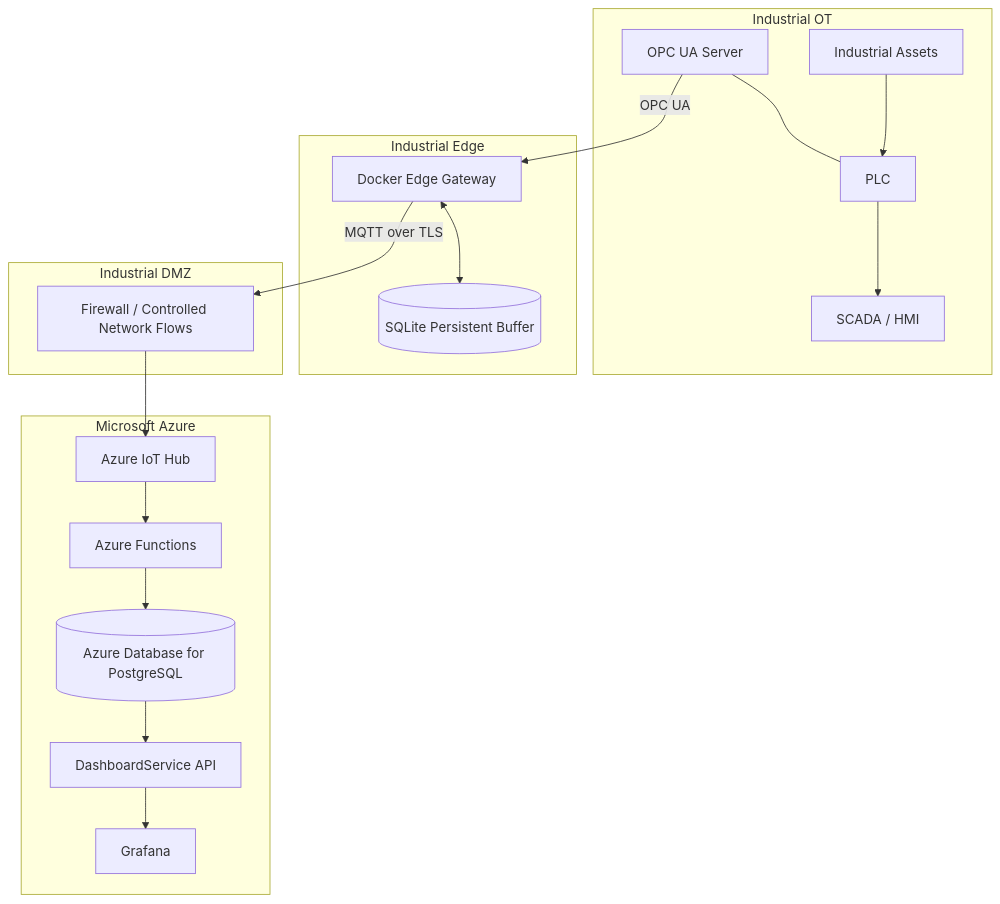
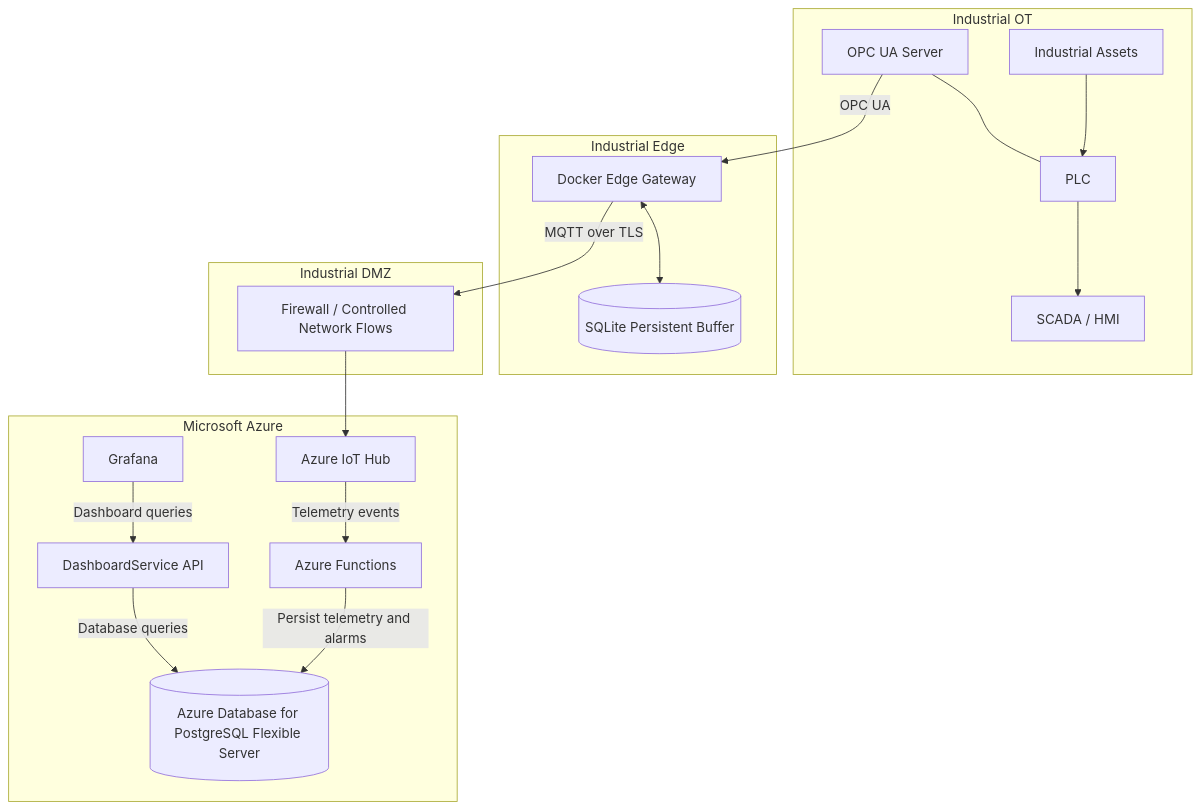
Before and after one commit to IbNdah/industrial-cloud-architecture-platform: the diagram in docs/architecture/high-level-architecture.md, drawn with Mermaid. The commit also changed other lines of this file and 1 other file, not shown here.

Commit message:
docs: finalize S1 industrial architecture review

````diff
--- a/docs/architecture/high-level-architecture.md
+++ b/docs/architecture/high-level-architecture.md
@@ -12,36 +12,38 @@
 ```mermaid
 flowchart TB
     subgraph OT["Industrial OT"]
         AS["Industrial Assets"]
         PLC["PLC"]
         SCADA["SCADA / HMI"]
         OPC["OPC UA Server"]
         AS --> PLC --> SCADA
         OPC --- PLC
     end
 
     subgraph EDGE["Industrial Edge"]
         GW["Docker Edge Gateway"]
         BUF[("SQLite Persistent Buffer")]
         OPC -->|"OPC UA"| GW
         GW <--> BUF
     end
 
     subgraph DMZ["Industrial DMZ"]
         FW["Firewall / Controlled Network Flows"]
     end
 
     subgraph AZ["Microsoft Azure"]
         IOT["Azure IoT Hub"]
         FN["Azure Functions"]
-        DB[("Azure Database for PostgreSQL")]
+        DB[("Azure Database for PostgreSQL Flexible Server")]
         API["DashboardService API"]
         G["Grafana"]
-        IOT --> FN
-        FN --> DB
-        DB --> API --> G
+
+        IOT -->|"Telemetry events"| FN
+        FN -->|"Persist telemetry and alarms"| DB
+        G -->|"Dashboard queries"| API
+        API -->|"Database queries"| DB
     end
 
     GW -->|"MQTT over TLS"| FW
     FW --> IOT
 ```
````
